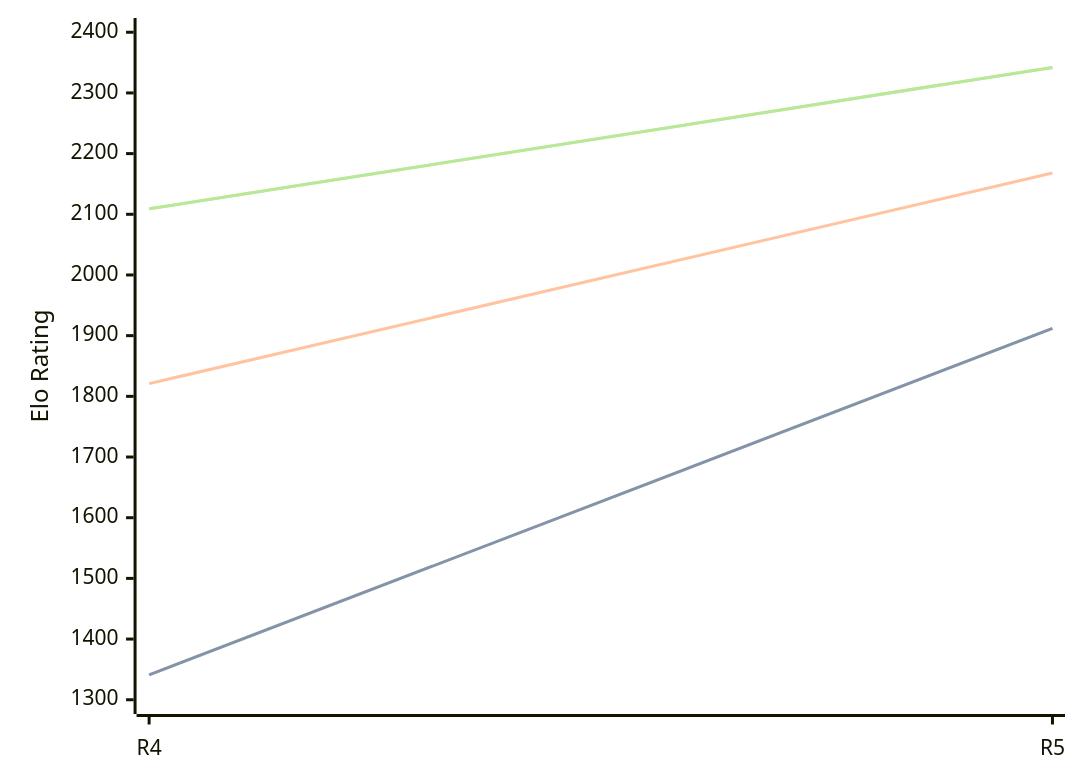
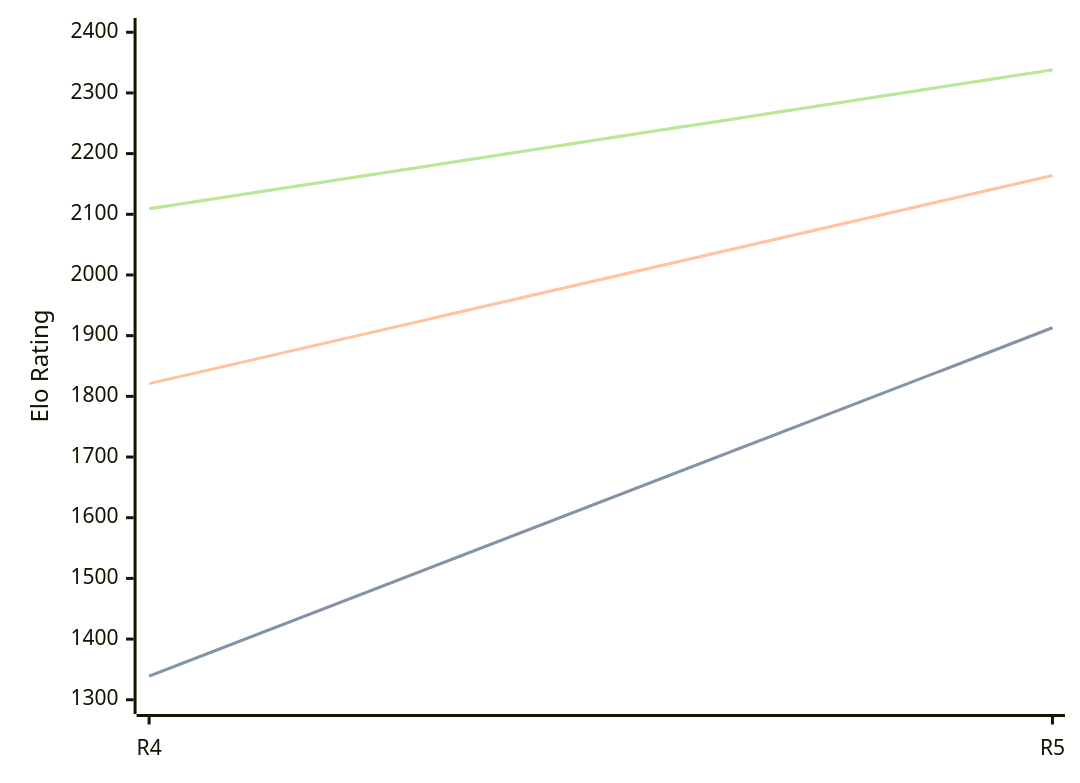
One commit to computer-chess-index/cci changed the diagram in engines/Viking.md. Above: the diagram before and after it, drawn with Mermaid. The commit also changed other lines of this file, not shown here.

Commit message:
Update CCI Ratings (ELO VLTC) - 2026-08-02

````diff
--- a/engines/Viking.md
+++ b/engines/Viking.md
@@ -35,11 +35,11 @@
 ```mermaid
 %%{init: {"theme":"base","themeVariables":{"seriesColors:['#a3a3a3','#222221','#faa371']}}}%%
 xychart-beta
   x-axis ["R4", "R5"]
   y-axis "Elo Rating" 1300 --> 2400
-  line "STC (8.0+0.08s)" [1341, 1912]
-  line "STC (8.0+0.08s)" [1341, 1912]
-  line "LTC (60.0+0.60s)" [1821, 2168]
-  line "VLTC (2m24s+1.12s)" [2109, 2342]
-  line "VLTC (2m24s+1.12s)" [2109, 2342]
+  line "STC (8.0+0.08s)" [1339, 1913]
+  line "STC (8.0+0.08s)" [1339, 1913]
+  line "LTC (60.0+0.60s)" [1821, 2164]
+  line "VLTC (2m24s+1.12s)" [2109, 2338]
+  line "VLTC (2m24s+1.12s)" [2109, 2338]
 ```
````
